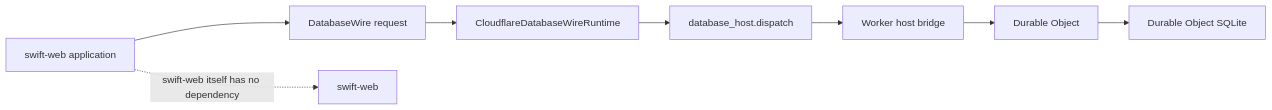
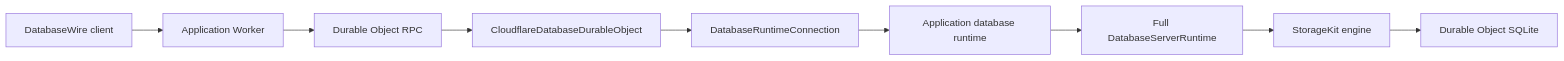
The first of 2 diagrams in README.md (1amageek/database-framework-cloudflare), drawn with Mermaid before and after one commit. The commit also changed other lines of this file and 143 other files, not shown here.

Commit message:
Host full database runtime in Durable Objects

````diff
--- a/README.md
+++ b/README.md
@@ -7,11 +12,11 @@
 ```mermaid
 flowchart LR
-  Service["swift-web application"] --> Wire["DatabaseWire request"]
-  Wire --> Runtime["CloudflareDatabaseWireRuntime"]
-  Runtime --> Import["database_host.dispatch"]
-  Import --> WorkerHost["Worker host bridge"]
-  WorkerHost --> DO["Durable Object"]
-  DO --> SQLite["Durable Object SQLite"]
-
-  Service -. "swift-web itself has no dependency" .-> SwiftWeb["swift-web"]
+  Client["DatabaseWire client"] --> Worker["Application Worker"]
+  Worker --> RPC["Durable Object RPC"]
+  RPC --> DO["CloudflareDatabaseDurableObject"]
+  DO --> Connection["DatabaseRuntimeConnection"]
+  Connection --> Runtime["Application database runtime"]
+  Runtime --> Server["Full DatabaseServerRuntime"]
+  Server --> Storage["StorageKit engine"]
+  Storage --> SQLite["Durable Object SQLite"]
 ```
````
